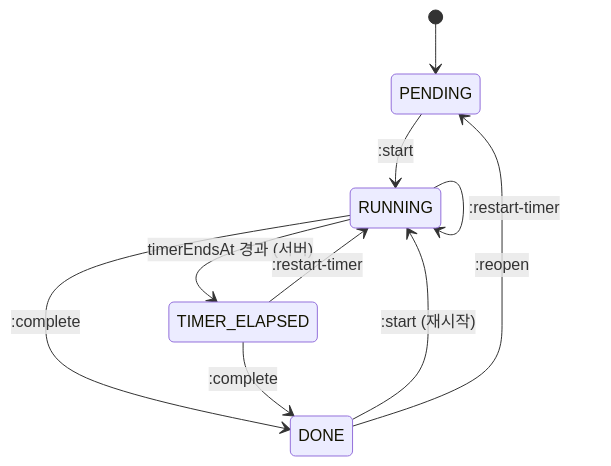
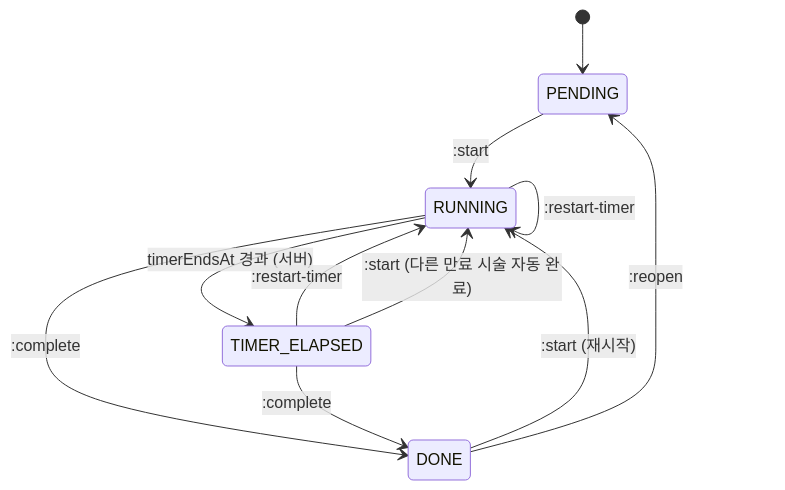
One commit to cbcruk/hemr changed the second of 2 diagrams in docs/design/clinical.md. Above: the diagram before and after it, drawn with Mermaid. The commit also changed other lines of this file and 4 other files, not shown here.

````diff
--- a/docs/design/clinical.md
+++ b/docs/design/clinical.md
@@ -210,12 +210,13 @@
 ```mermaid
 stateDiagram-v2
   [*] --> PENDING
   PENDING --> RUNNING: :start
   RUNNING --> TIMER_ELAPSED: timerEndsAt 경과 (서버)
   RUNNING --> RUNNING: :restart-timer
   TIMER_ELAPSED --> RUNNING: :restart-timer
+  TIMER_ELAPSED --> RUNNING: :start (다른 만료 시술 자동 완료)
   RUNNING --> DONE: :complete
   TIMER_ELAPSED --> DONE: :complete
   DONE --> RUNNING: :start (재시작)
   DONE --> PENDING: :reopen
 ```
````
